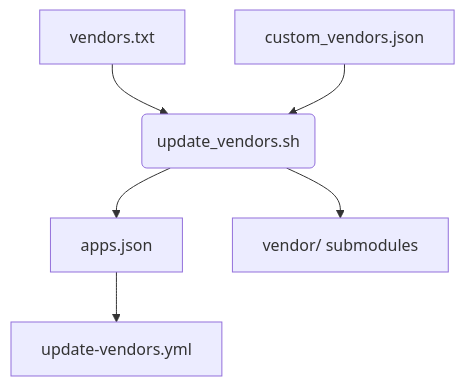
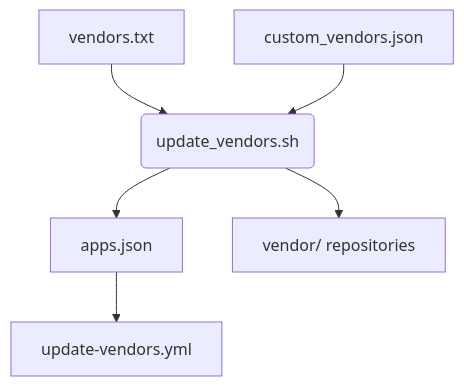
The diagram in doc/scripts/vendor_management.md (Freddyslim/frappe_app_template), drawn with Mermaid before and after one commit. The commit also changed other lines of this file and 12 other files, not shown here.

````diff
--- a/doc/scripts/vendor_management.md
+++ b/doc/scripts/vendor_management.md
@@ -36,15 +36,15 @@
 ```mermaid
 %%{init: { 'theme': 'default' } }%%
 flowchart TD
     vendors[vendors.txt]
     custom[custom_vendors.json]
     update(update_vendors.sh)
     apps[apps.json]
-    submods[vendor/ submodules]
+    submods[vendor/ repositories]
     workflow[update-vendors.yml]
     vendors --> update
     custom --> update
     update --> apps
     update --> submods
     apps --> workflow
 ```
````
